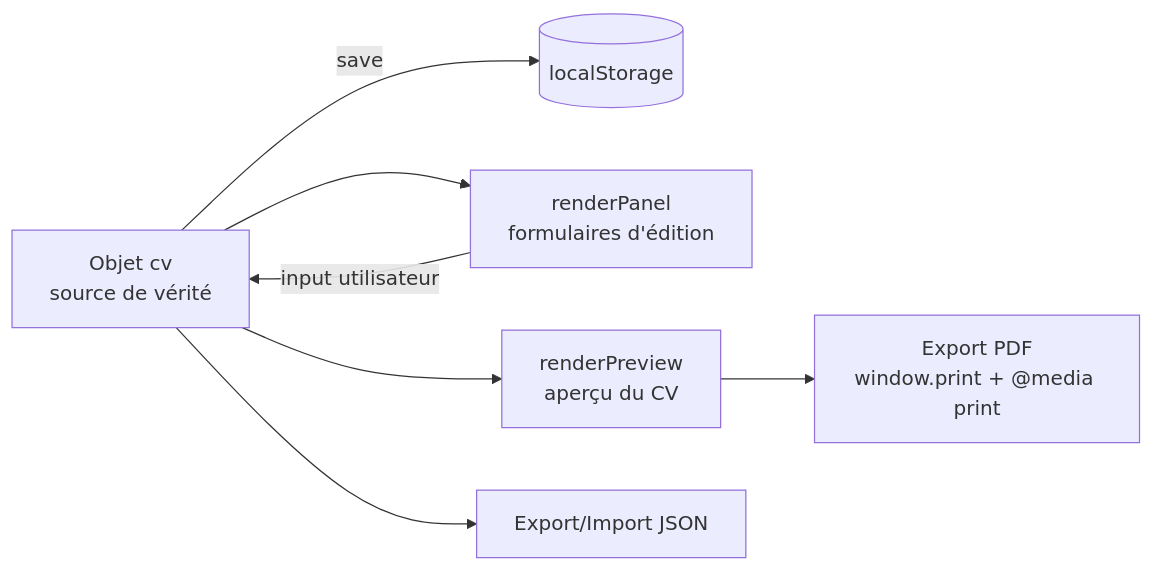
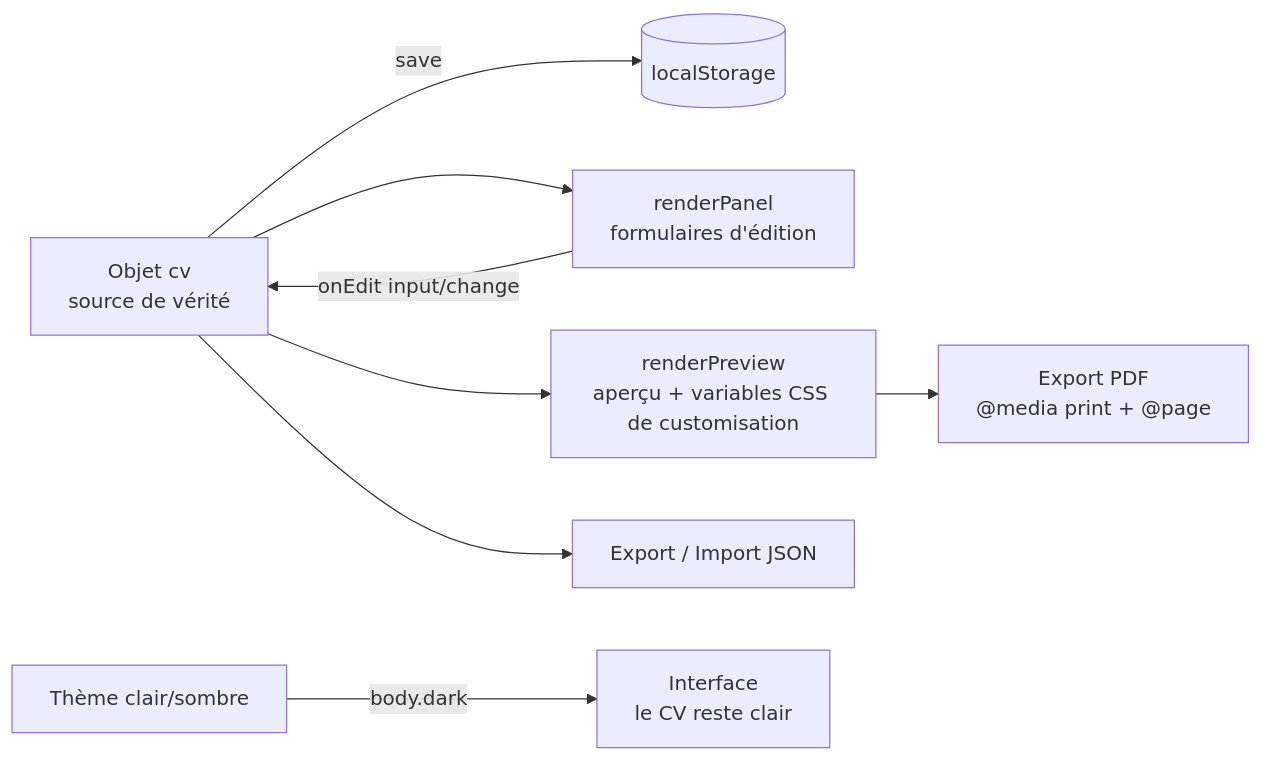
The diagram in README.md (LepetitPortfolio/CV-Editor), drawn with Mermaid before and after one commit. The commit also changed other lines of this file, not shown here.

````diff
--- a/README.md
+++ b/README.md
@@ -51,9 +62,10 @@
 ```mermaid
 flowchart LR
     A[Objet cv<br/>source de vérité] -->|save| B[(localStorage)]
     A --> C[renderPanel<br/>formulaires d'édition]
-    A --> D[renderPreview<br/>aperçu du CV]
-    C -->|input utilisateur| A
-    D --> E[Export PDF<br/>window.print + @media print]
-    A --> F[Export/Import JSON]
+    A --> D[renderPreview<br/>aperçu + variables CSS de customisation]
+    C -->|onEdit input/change| A
+    D --> E[Export PDF<br/>@media print + @page]
+    A --> F[Export / Import JSON]
+    G[Thème clair/sombre] -->|body.dark| H[Interface<br/>le CV reste clair]
 ```
````
